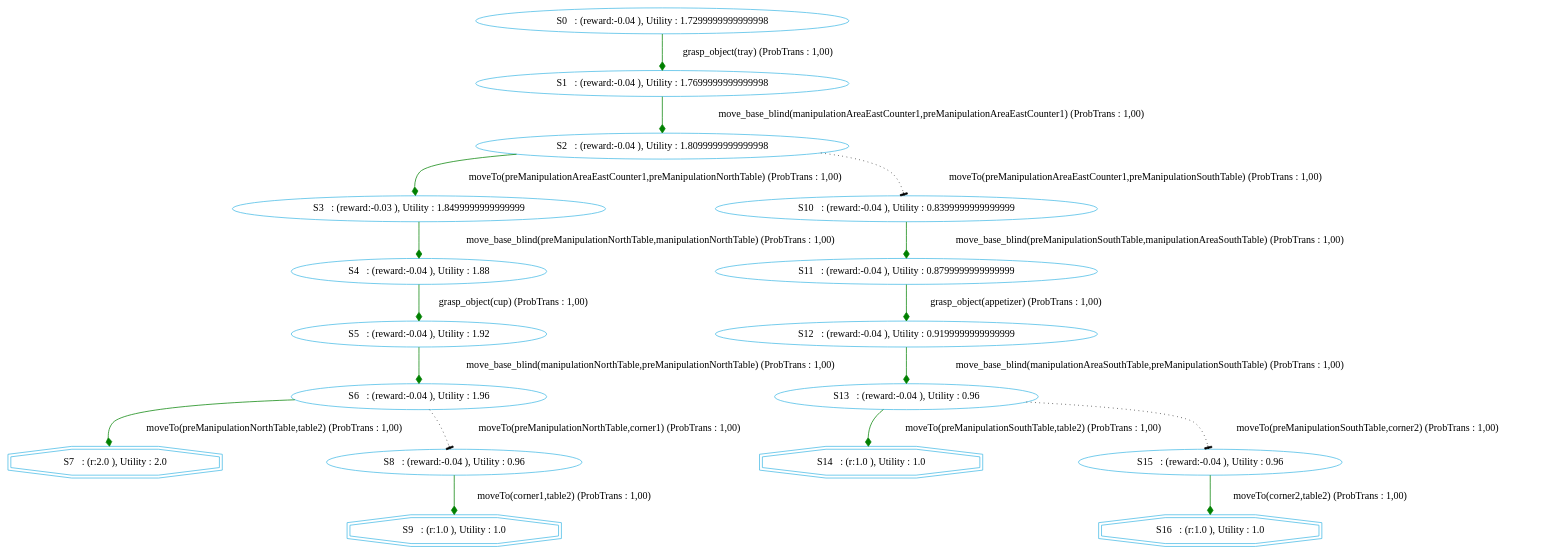
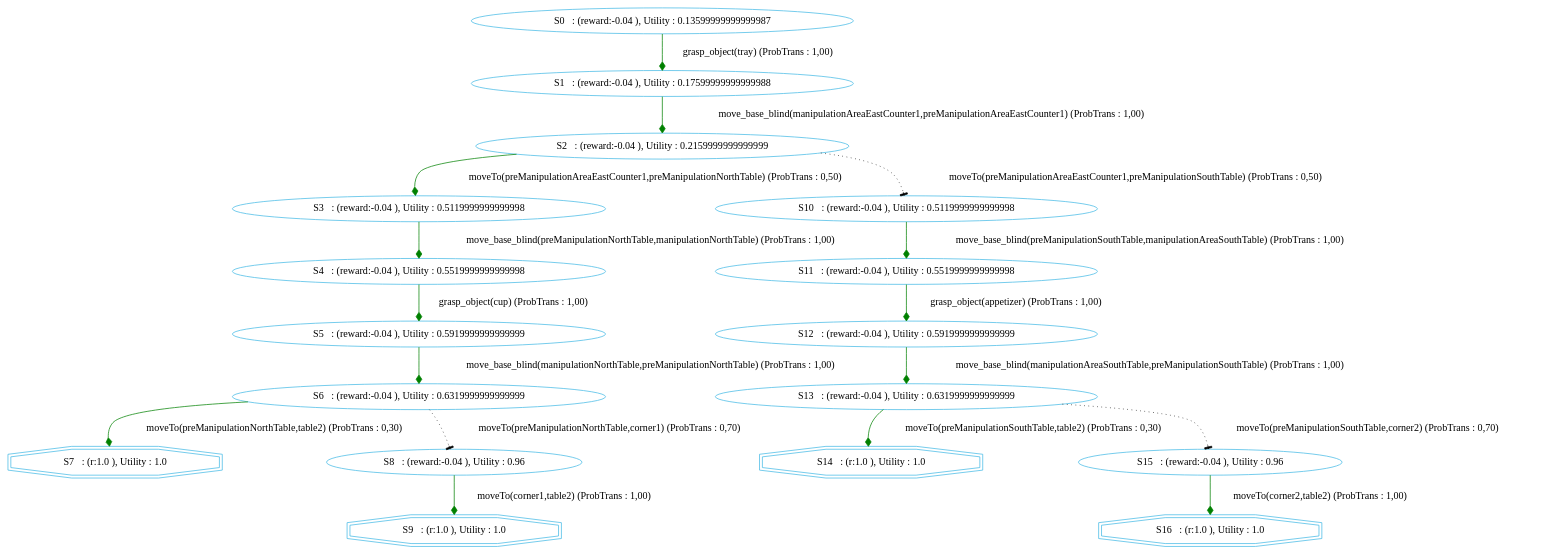
The diagram in chimp/src/main/java/examples/MDP/RACE/test_m_drive_robot_1.dot (htiraHatem/CHIMP_MDP), drawn with Graphviz before and after one commit. The commit also changed 7 other files, not shown here.

```diff
--- a/chimp/src/main/java/examples/MDP/RACE/test_m_drive_robot_1.dot
+++ b/chimp/src/main/java/examples/MDP/RACE/test_m_drive_robot_1.dot
@@ -1,37 +1,37 @@
 digraph {
   node [color="#40b9e5" ]
  size="60,17";
-"7" [label=" S7   : (r:2.0 ), Utility : 2.0 " shape=doubleoctagon];
+"7" [label=" S7   : (r:1.0 ), Utility : 1.0 " shape=doubleoctagon];
 "9" [label=" S9   : (r:1.0 ), Utility : 1.0 " shape=doubleoctagon];
 "14" [label=" S14   : (r:1.0 ), Utility : 1.0 " shape=doubleoctagon];
 "16" [label=" S16   : (r:1.0 ), Utility : 1.0 " shape=doubleoctagon];
-"0" [label=" S0   : (reward:-0.04 ), Utility : 1.7299999999999998 "];
-"1" [label=" S1   : (reward:-0.04 ), Utility : 1.7699999999999998 "];
-"2" [label=" S2   : (reward:-0.04 ), Utility : 1.8099999999999998 "];
-"3" [label=" S3   : (reward:-0.03 ), Utility : 1.8499999999999999 "];
-"4" [label=" S4   : (reward:-0.04 ), Utility : 1.88 "];
-"5" [label=" S5   : (reward:-0.04 ), Utility : 1.92 "];
-"6" [label=" S6   : (reward:-0.04 ), Utility : 1.96 "];
+"0" [label=" S0   : (reward:-0.04 ), Utility : 0.13599999999999987 "];
+"1" [label=" S1   : (reward:-0.04 ), Utility : 0.17599999999999988 "];
+"2" [label=" S2   : (reward:-0.04 ), Utility : 0.2159999999999999 "];
+"3" [label=" S3   : (reward:-0.04 ), Utility : 0.5119999999999998 "];
+"4" [label=" S4   : (reward:-0.04 ), Utility : 0.5519999999999998 "];
+"5" [label=" S5   : (reward:-0.04 ), Utility : 0.5919999999999999 "];
+"6" [label=" S6   : (reward:-0.04 ), Utility : 0.6319999999999999 "];
 "8" [label=" S8   : (reward:-0.04 ), Utility : 0.96 "];
-"10" [label=" S10   : (reward:-0.04 ), Utility : 0.8399999999999999 "];
-"11" [label=" S11   : (reward:-0.04 ), Utility : 0.8799999999999999 "];
-"12" [label=" S12   : (reward:-0.04 ), Utility : 0.9199999999999999 "];
-"13" [label=" S13   : (reward:-0.04 ), Utility : 0.96 "];
+"10" [label=" S10   : (reward:-0.04 ), Utility : 0.5119999999999998 "];
+"11" [label=" S11   : (reward:-0.04 ), Utility : 0.5519999999999998 "];
+"12" [label=" S12   : (reward:-0.04 ), Utility : 0.5919999999999999 "];
+"13" [label=" S13   : (reward:-0.04 ), Utility : 0.6319999999999999 "];
 "15" [label=" S15   : (reward:-0.04 ), Utility : 0.96 "];
 "0" -> "1" [ label="grasp_object(tray) (ProbTrans : 1,00)"
 , arrowhead = diamond , color=green];"1" -> "2" [ label="move_base_blind(manipulationAreaEastCounter1,preManipulationAreaEastCounter1) (ProbTrans : 1,00)"
-, arrowhead = diamond , color=green];"2" -> "3" [ label="moveTo(preManipulationAreaEastCounter1,preManipulationNorthTable) (ProbTrans : 1,00)"
-, arrowhead = diamond , color=green];"2" -> "10" [ label="moveTo(preManipulationAreaEastCounter1,preManipulationSouthTable) (ProbTrans : 1,00)"
+, arrowhead = diamond , color=green];"2" -> "3" [ label="moveTo(preManipulationAreaEastCounter1,preManipulationNorthTable) (ProbTrans : 0,50)"
+, arrowhead = diamond , color=green];"2" -> "10" [ label="moveTo(preManipulationAreaEastCounter1,preManipulationSouthTable) (ProbTrans : 0,50)"
 ,style=dotted, arrowhead=tee];"3" -> "4" [ label="move_base_blind(preManipulationNorthTable,manipulationNorthTable) (ProbTrans : 1,00)"
 , arrowhead = diamond , color=green];"4" -> "5" [ label="grasp_object(cup) (ProbTrans : 1,00)"
 , arrowhead = diamond , color=green];"5" -> "6" [ label="move_base_blind(manipulationNorthTable,preManipulationNorthTable) (ProbTrans : 1,00)"
-, arrowhead = diamond , color=green];"6" -> "7" [ label="moveTo(preManipulationNorthTable,table2) (ProbTrans : 1,00)"
-, arrowhead = diamond , color=green];"6" -> "8" [ label="moveTo(preManipulationNorthTable,corner1) (ProbTrans : 1,00)"
+, arrowhead = diamond , color=green];"6" -> "7" [ label="moveTo(preManipulationNorthTable,table2) (ProbTrans : 0,30)"
+, arrowhead = diamond , color=green];"6" -> "8" [ label="moveTo(preManipulationNorthTable,corner1) (ProbTrans : 0,70)"
 ,style=dotted, arrowhead=tee];"8" -> "9" [ label="moveTo(corner1,table2) (ProbTrans : 1,00)"
 , arrowhead = diamond , color=green];"10" -> "11" [ label="move_base_blind(preManipulationSouthTable,manipulationAreaSouthTable) (ProbTrans : 1,00)"
 , arrowhead = diamond , color=green];"11" -> "12" [ label="grasp_object(appetizer) (ProbTrans : 1,00)"
 , arrowhead = diamond , color=green];"12" -> "13" [ label="move_base_blind(manipulationAreaSouthTable,preManipulationSouthTable) (ProbTrans : 1,00)"
-, arrowhead = diamond , color=green];"13" -> "14" [ label="moveTo(preManipulationSouthTable,table2) (ProbTrans : 1,00)"
-, arrowhead = diamond , color=green];"13" -> "15" [ label="moveTo(preManipulationSouthTable,corner2) (ProbTrans : 1,00)"
+, arrowhead = diamond , color=green];"13" -> "14" [ label="moveTo(preManipulationSouthTable,table2) (ProbTrans : 0,30)"
+, arrowhead = diamond , color=green];"13" -> "15" [ label="moveTo(preManipulationSouthTable,corner2) (ProbTrans : 0,70)"
 ,style=dotted, arrowhead=tee];"15" -> "16" [ label="moveTo(corner2,table2) (ProbTrans : 1,00)"
 , arrowhead = diamond , color=green];}
```
